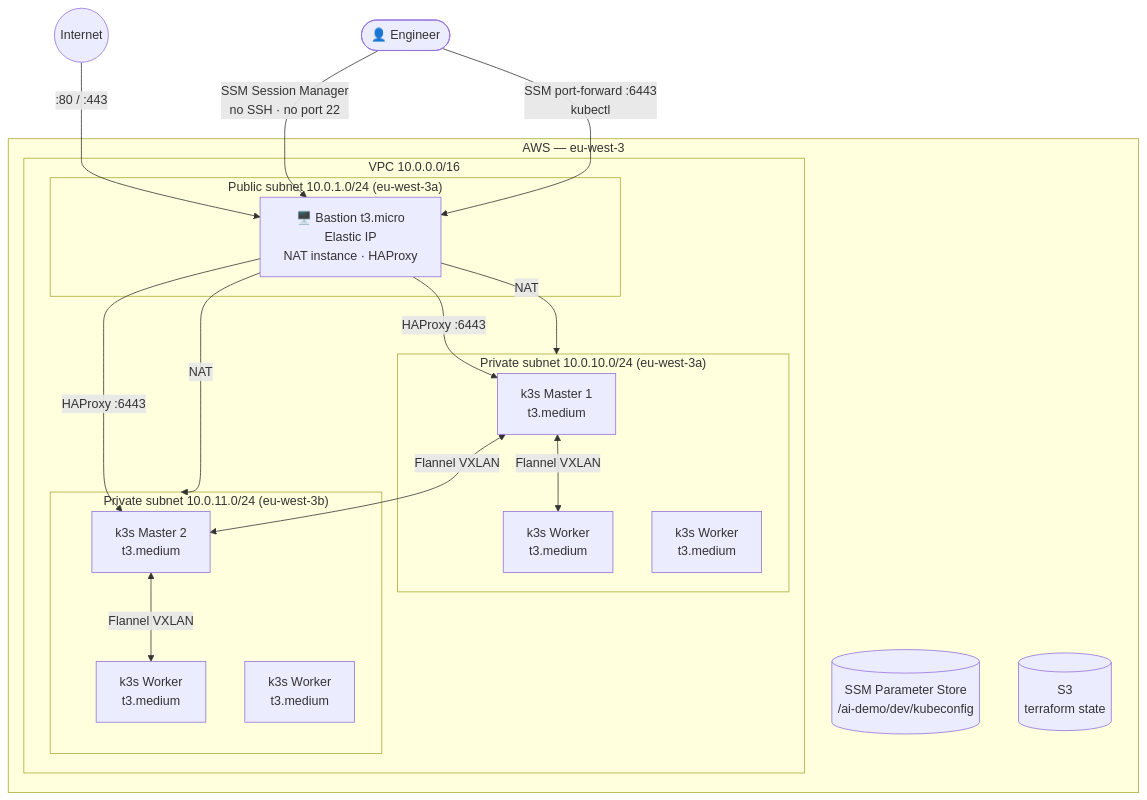
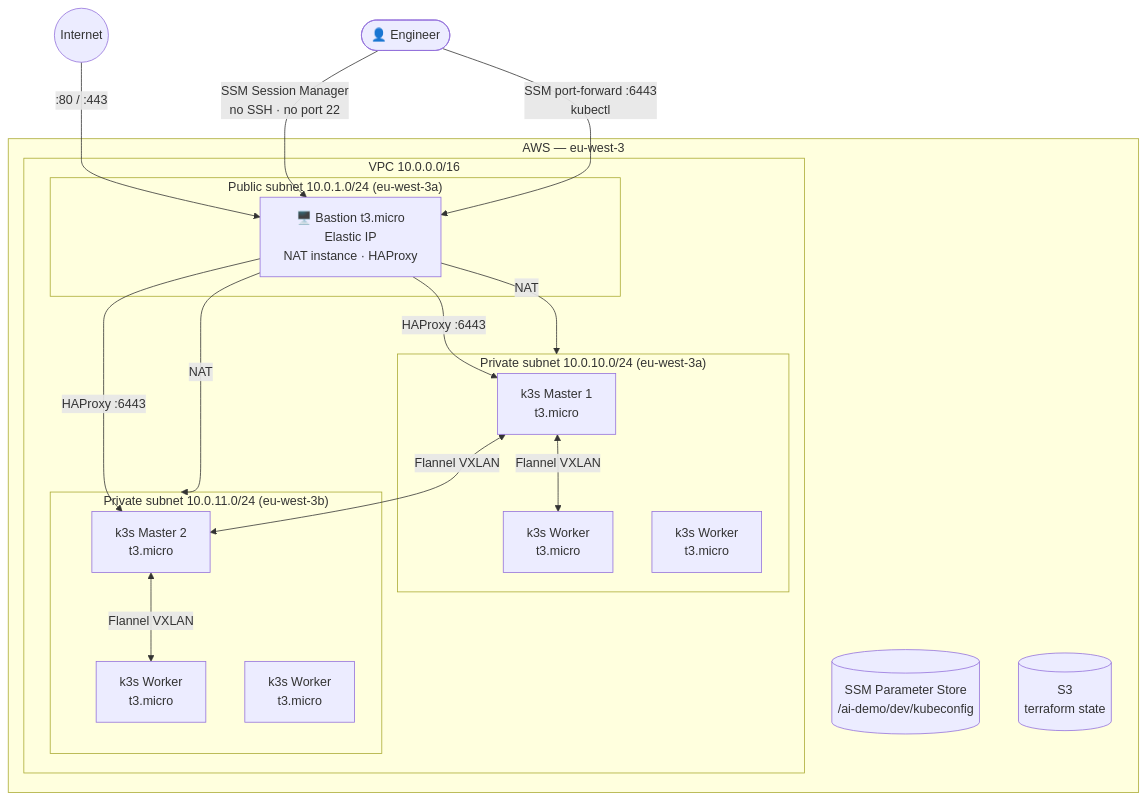
Before and after one commit to pve159/ai-assisted-devops-demo: the first of 2 diagrams in README.md, drawn with Mermaid. The commit also changed 14 other files, not shown here.

````diff
--- a/README.md
+++ b/README.md
@@ -23,40 +23,40 @@
 ```mermaid
 graph TB
     Internet((Internet))
 
     subgraph AWS["AWS — eu-west-3"]
         subgraph VPC["VPC  10.0.0.0/16"]
             subgraph Public["Public subnet  10.0.1.0/24  (eu-west-3a)"]
                 Bastion["🖥️ Bastion  t3.micro\nElastic IP\nNAT instance · HAProxy"]
             end
 
             subgraph AZ1["Private subnet  10.0.10.0/24  (eu-west-3a)"]
-                M1["k3s Master 1\nt3.medium"]
-                W1["k3s Worker\nt3.medium"]
-                W2["k3s Worker\nt3.medium"]
+                M1["k3s Master 1\nt3.micro"]
+                W1["k3s Worker\nt3.micro"]
+                W2["k3s Worker\nt3.micro"]
             end
 
             subgraph AZ2["Private subnet  10.0.11.0/24  (eu-west-3b)"]
-                M2["k3s Master 2\nt3.medium"]
-                W3["k3s Worker\nt3.medium"]
-                W4["k3s Worker\nt3.medium"]
+                M2["k3s Master 2\nt3.micro"]
+                W3["k3s Worker\nt3.micro"]
+                W4["k3s Worker\nt3.micro"]
             end
         end
 
         SSM[("SSM Parameter Store\n/ai-demo/dev/kubeconfig")]
         S3[("S3\nterraform state")]
     end
 
     Engineer(["👤 Engineer"])
 
     Internet -->|":80 / :443"| Bastion
     Bastion -->|"HAProxy :6443"| M1
     Bastion -->|"HAProxy :6443"| M2
     Bastion -->|NAT| AZ1
     Bastion -->|NAT| AZ2
     Engineer -->|"SSM Session Manager\nno SSH · no port 22"| Bastion
     Engineer -->|"SSM port-forward :6443\nkubectl"| Bastion
     M1 <-->|"Flannel VXLAN"| M2
     M1 <-->|"Flannel VXLAN"| W1
     M2 <-->|"Flannel VXLAN"| W3
 ```
````
